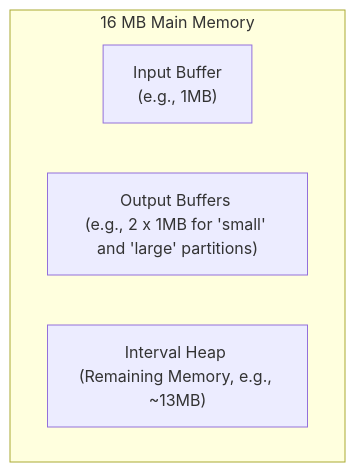
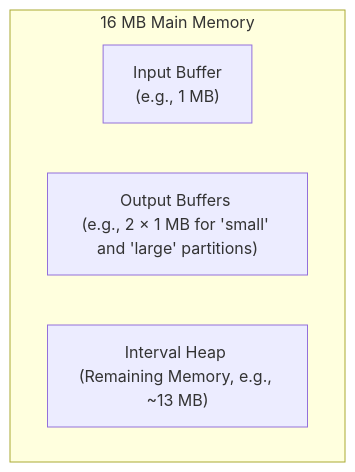
Before and after one commit to UchihaIthachi/external-sorting: the second of 2 diagrams in external_quick_sort.md, drawn with Mermaid. The commit also changed other lines of this file and 3 other files, not shown here.

````diff
--- a/external_quick_sort.md
+++ b/external_quick_sort.md
@@ -56,9 +65,9 @@
 ```mermaid
 graph TD
     subgraph "16 MB Main Memory"
         direction LR
-        A["Input Buffer <br>(e.g., 1MB)"]
-        B["Output Buffers <br>(e.g., 2 x 1MB for 'small' and 'large' partitions)"]
-        C["Interval Heap <br>(Remaining Memory, e.g., ~13MB)"]
+        A["Input Buffer <br>(e.g., 1 MB)"]
+        B["Output Buffers <br>(e.g., 2 × 1 MB for 'small' and 'large' partitions)"]
+        C["Interval Heap <br>(Remaining Memory, e.g., ~13 MB)"]
     end
 ```
````
